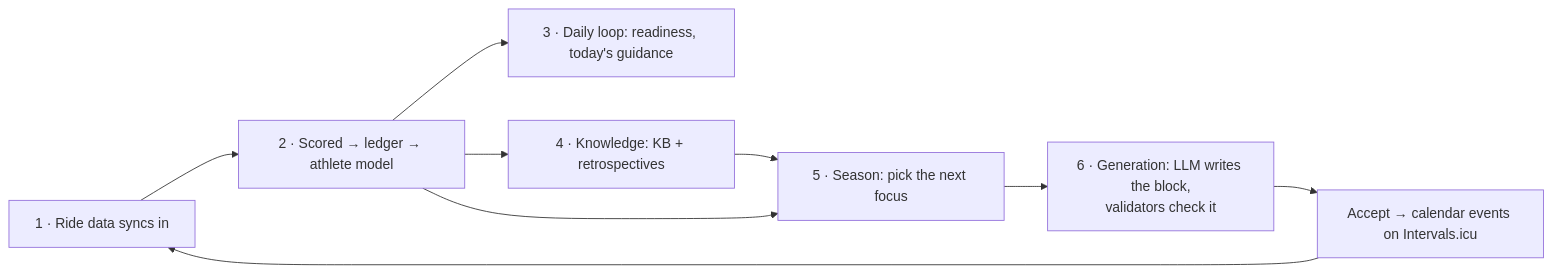
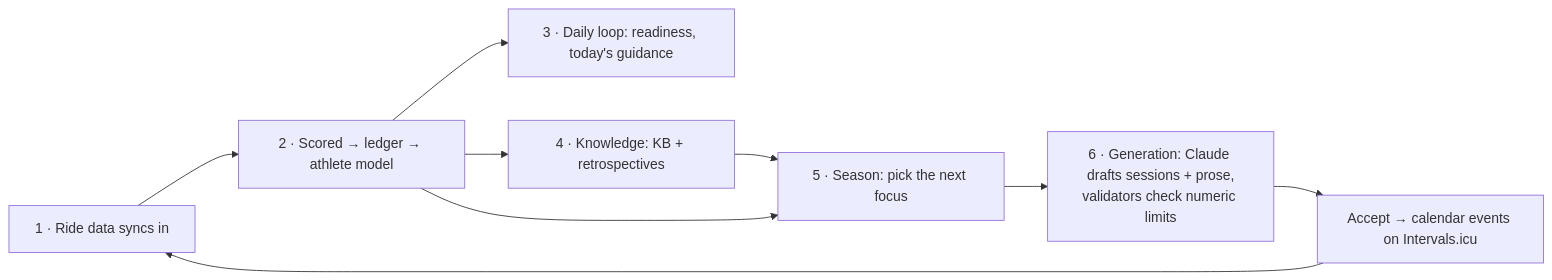
The diagram in docs/COMPASS.md (Xon333/Nodevelo), drawn with Mermaid before and after one commit. The commit also changed other lines of this file and 50 other files, not shown here.

````diff
--- a/docs/COMPASS.md
+++ b/docs/COMPASS.md
@@ -9,11 +9,11 @@
 ```mermaid
 flowchart LR
   A[1 · Ride data syncs in] --> B[2 · Scored → ledger → athlete model]
   B --> C[3 · Daily loop: readiness, today's guidance]
   B --> D[4 · Knowledge: KB + retrospectives]
   D --> E[5 · Season: pick the next focus]
   B --> E
-  E --> F[6 · Generation: LLM writes the block,\nvalidators check it]
+  E --> F[6 · Generation: Claude drafts sessions + prose,\nvalidators check numeric limits]
   F --> G[Accept → calendar events on Intervals.icu]
   G --> A
 ```
````
